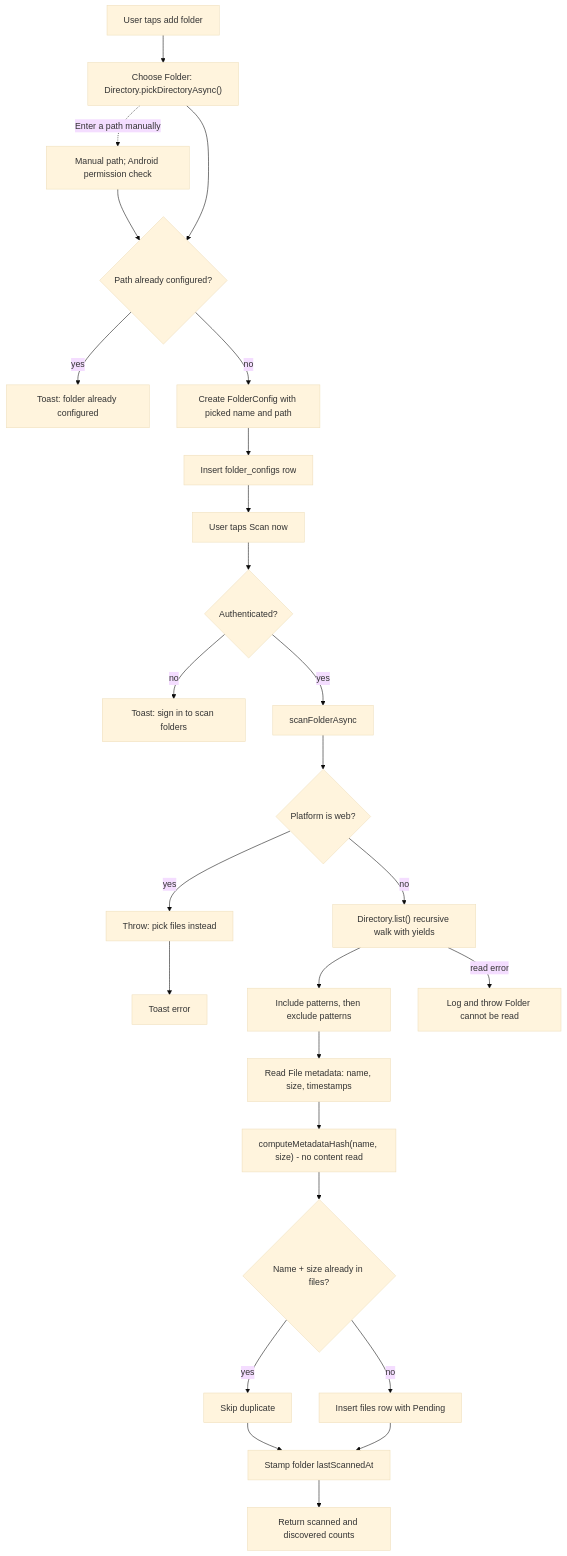
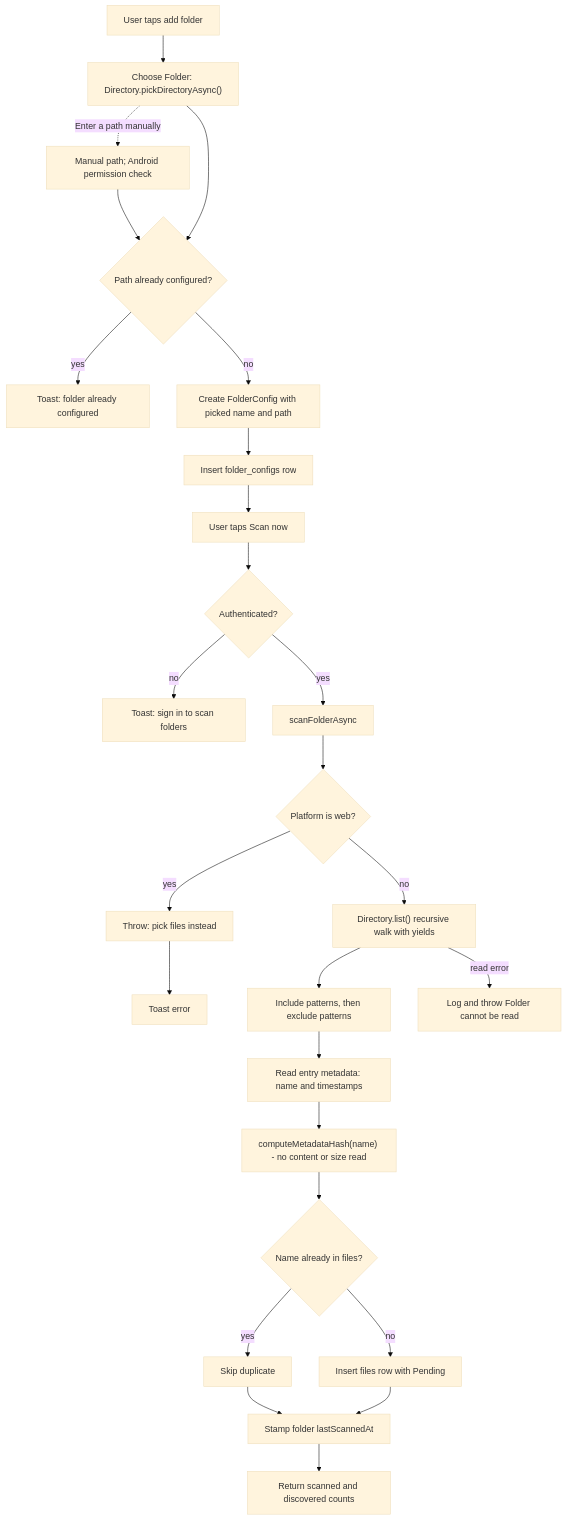
One commit to himadriHK/Stash changed the fifth of 10 diagrams in Stash/react_native_stash/docs/ARCHITECTURE.md. Above: the diagram before and after it, drawn with Mermaid (base theme). The commit also changed other lines of this file and 46 other files, not shown here.

````diff
--- a/Stash/react_native_stash/docs/ARCHITECTURE.md
+++ b/Stash/react_native_stash/docs/ARCHITECTURE.md
@@ -480,28 +479,28 @@
 ```mermaid
 flowchart TD
     A["User taps add folder"] --> B["Choose Folder: Directory.pickDirectoryAsync()"]
     B -.->|"Enter a path manually"| BM["Manual path; Android permission check"]
     BM --> C{"Path already configured?"}
     B --> C
     C -->|"yes"| D["Toast: folder already configured"]
     C -->|"no"| E["Create FolderConfig with picked name and path"]
     E --> F["Insert folder_configs row"]
     F --> G["User taps Scan now"]
     G --> H{"Authenticated?"}
     H -->|"no"| I["Toast: sign in to scan folders"]
     H -->|"yes"| J["scanFolderAsync"]
     J --> K{"Platform is web?"}
     K -->|"yes"| L["Throw: pick files instead"]
     K -->|"no"| M["Directory.list() recursive walk with yields"]
     M --> N["Include patterns, then exclude patterns"]
-    N --> O["Read File metadata: name, size, timestamps"]
-    O --> P["computeMetadataHash(name, size) - no content read"]
-    P --> Q{"Name + size already in files?"}
+    N --> O["Read entry metadata: name and timestamps"]
+    O --> P["computeMetadataHash(name) - no content or size read"]
+    P --> Q{"Name already in files?"}
     Q -->|"yes"| R["Skip duplicate"]
     Q -->|"no"| S["Insert files row with Pending"]
     S --> T["Stamp folder lastScannedAt"]
     R --> T
     T --> U["Return scanned and discovered counts"]
     L --> V["Toast error"]
     M -->|"read error"| W["Log and throw Folder cannot be read"]
 ```
````
